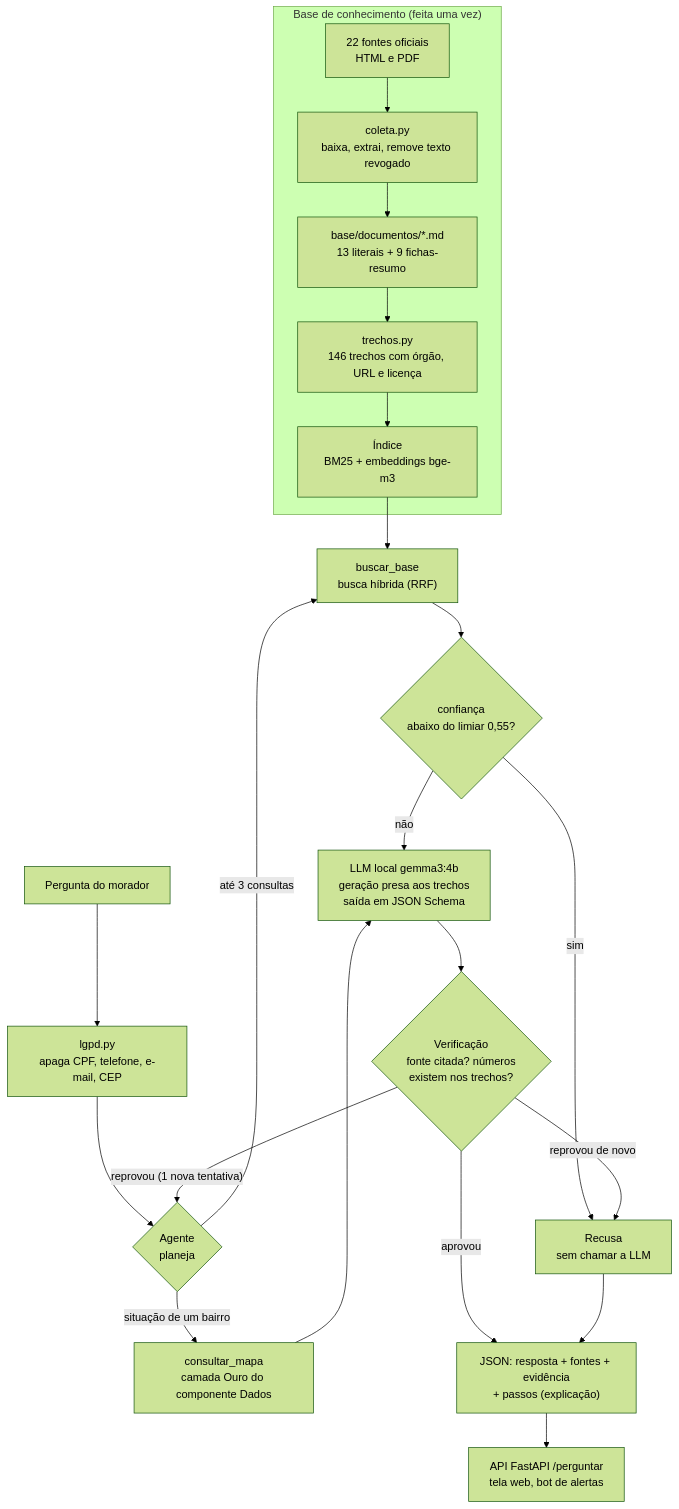
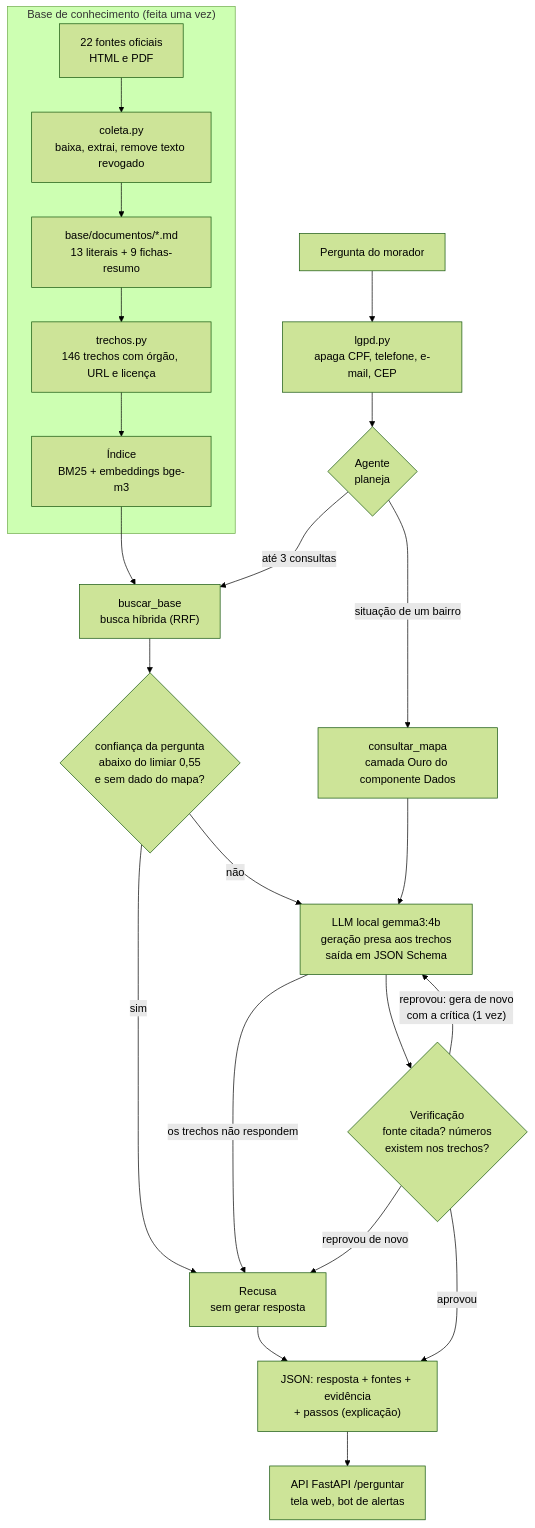
The diagram in README.md (FelipeVoidela/GS2-2026-GENERATIVE-IA), drawn with Mermaid (forest theme) before and after one commit. The commit also changed other lines of this file and 16 other files, not shown here.

````diff
--- a/README.md
+++ b/README.md
@@ -46,25 +62,26 @@
 ```mermaid
 flowchart TD
     subgraph BASE["Base de conhecimento (feita uma vez)"]
         F["22 fontes oficiais<br/>HTML e PDF"] --> C["coleta.py<br/>baixa, extrai, remove texto revogado"]
         C --> D["base/documentos/*.md<br/>13 literais + 9 fichas-resumo"]
         D --> T["trechos.py<br/>146 trechos com órgão, URL e licença"]
         T --> I["Índice<br/>BM25 + embeddings bge-m3"]
     end
 
     P["Pergunta do morador"] --> L["lgpd.py<br/>apaga CPF, telefone, e-mail, CEP"]
     L --> AG{"Agente<br/>planeja"}
     AG -->|"até 3 consultas"| B["buscar_base<br/>busca híbrida (RRF)"]
     AG -->|"situação de um bairro"| M["consultar_mapa<br/>camada Ouro do componente Dados"]
     I --> B
-    B --> LIM{"confiança<br/>abaixo do limiar 0,55?"}
-    LIM -->|sim| R["Recusa<br/>sem chamar a LLM"]
+    B --> LIM{"confiança da pergunta<br/>abaixo do limiar 0,55<br/>e sem dado do mapa?"}
+    LIM -->|sim| R["Recusa<br/>sem gerar resposta"]
     LIM -->|não| G["LLM local gemma3:4b<br/>geração presa aos trechos<br/>saída em JSON Schema"]
     M --> G
+    G -->|"os trechos não respondem"| R
     G --> V{"Verificação<br/>fonte citada? números<br/>existem nos trechos?"}
-    V -->|"reprovou (1 nova tentativa)"| AG
+    V -->|"reprovou: gera de novo<br/>com a crítica (1 vez)"| G
     V -->|"reprovou de novo"| R
     V -->|aprovou| S["JSON: resposta + fontes + evidência<br/>+ passos (explicação)"]
     R --> S
     S --> API["API FastAPI /perguntar<br/>tela web, bot de alertas"]
 ```
````
